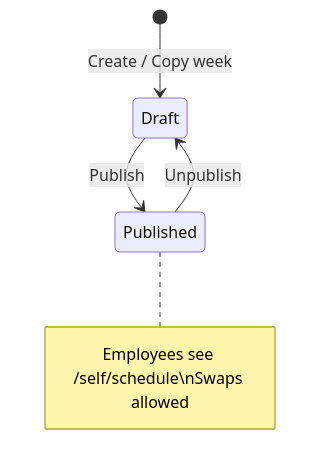
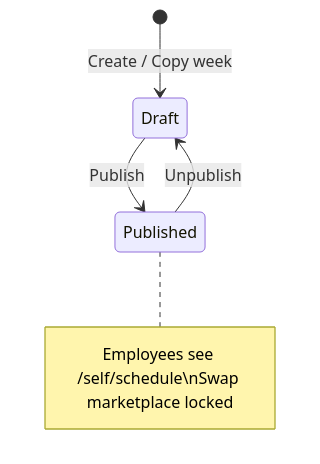
Before and after one commit to darrenak403/wokki-server: the fourth of 16 diagrams in docs/process-flows.md, drawn with Mermaid. The commit also changed other lines of this file and 86 other files, not shown here.

First line of the commit message:
Enhance shift swap marketplace functionality and update documentation

````diff
--- a/docs/process-flows.md
+++ b/docs/process-flows.md
@@ -68,7 +68,7 @@
 ```mermaid
 stateDiagram-v2
     [*] --> Draft: Create / Copy week
     Draft --> Published: Publish
     Published --> Draft: Unpublish
-    note right of Published: Employees see /self/schedule\nSwaps allowed
+    note right of Published: Employees see /self/schedule\nSwap marketplace locked
 ```
````
